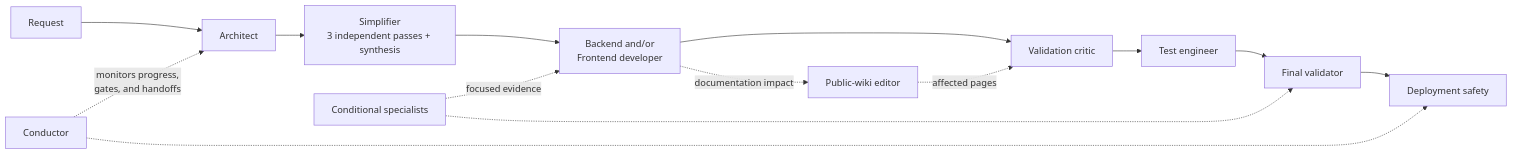
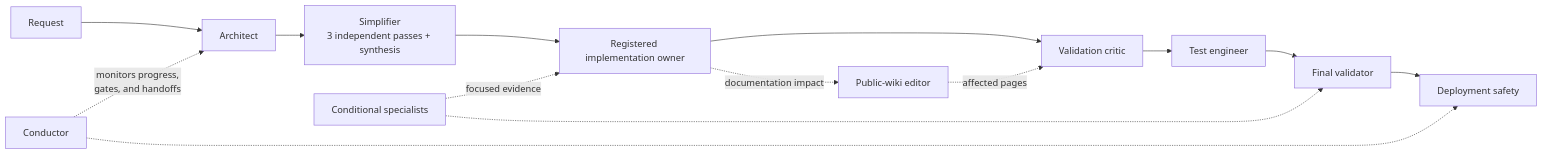
Before and after one commit to vasilyevstan/betstan: the diagram in docs/wiki/Agents.md, drawn with Mermaid. The commit also changed other lines of this file and 12 other files, not shown here.

````diff
--- a/docs/wiki/Agents.md
+++ b/docs/wiki/Agents.md
@@ -15,17 +15,17 @@
 ```mermaid
 flowchart LR
     Request --> Architect["Architect"]
     Architect --> Simplifier["Simplifier<br/>3 independent passes + synthesis"]
-    Simplifier --> Developer["Backend and/or<br/>Frontend developer"]
+    Simplifier --> Developer["Registered implementation owner"]
     Developer --> Critic["Validation critic"]
     Critic --> Tester["Test engineer"]
     Tester --> Final["Final validator"]
     Final --> Release["Deployment safety"]
 
     Developer -. documentation impact .-> Wiki["Public-wiki editor"]
     Wiki -. affected pages .-> Critic
     Conductor["Conductor"] -. monitors progress,<br/>gates, and handoffs .-> Architect
     Conductor -.-> Release
     Specialist["Conditional specialists"] -. focused evidence .-> Developer
     Specialist -.-> Final
 ```
````
